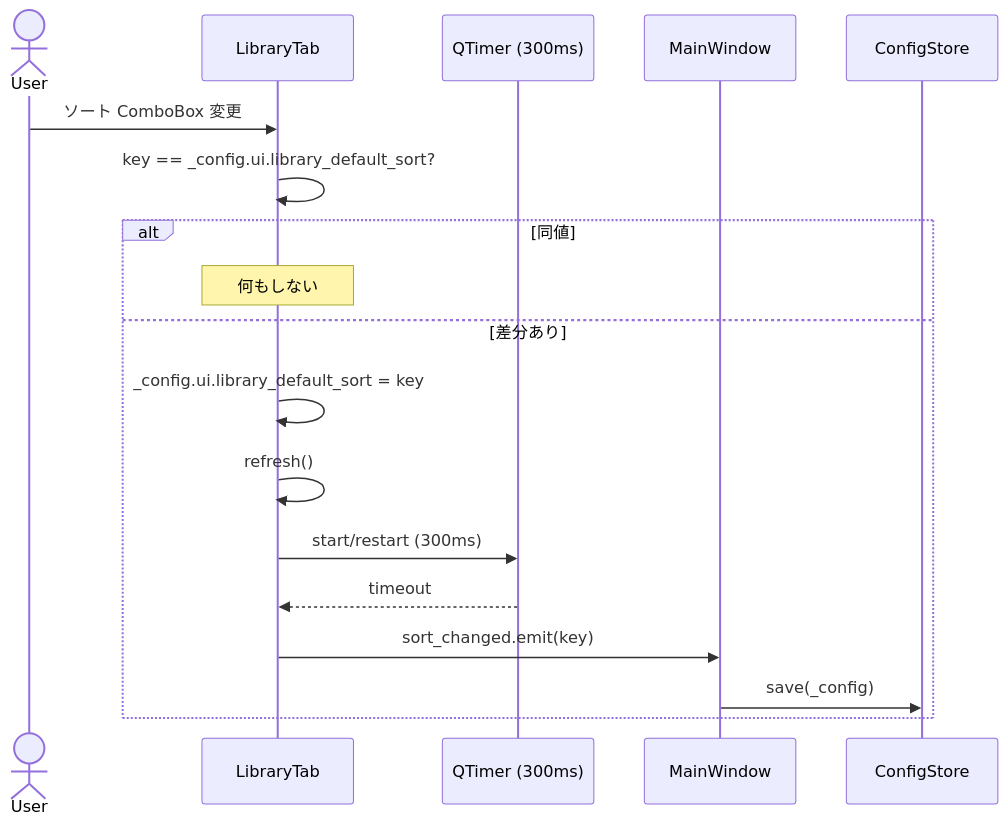
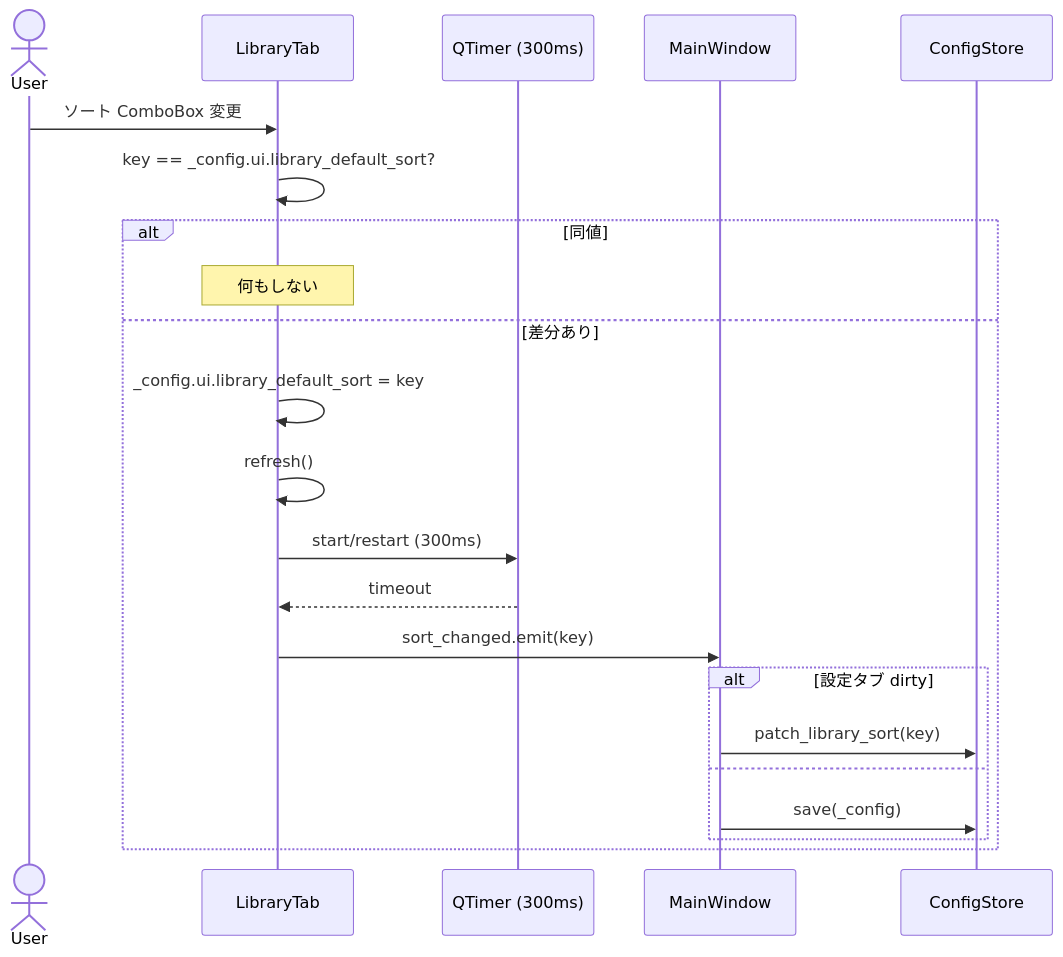
One commit to matrix9neonebuchadnezzar2199-sketch/JATIC-Library changed the ninth of 9 diagrams in docs/UI_FLOW.md. Above: the diagram before and after it, drawn with Mermaid. The commit also changed other lines of this file and 13 other files, not shown here.

First line of the commit message:
fix(ui): QA review regressions for dirty config and exports

````diff
--- a/docs/UI_FLOW.md
+++ b/docs/UI_FLOW.md
@@ -269,21 +270,25 @@
 ```mermaid
 sequenceDiagram
     actor User
     participant LT as LibraryTab
     participant Timer as QTimer (300ms)
     participant MW as MainWindow
     participant Store as ConfigStore
 
     User->>LT: ソート ComboBox 変更
     LT->>LT: key == _config.ui.library_default_sort?
     alt 同値
         Note over LT: 何もしない
     else 差分あり
         LT->>LT: _config.ui.library_default_sort = key
         LT->>LT: refresh()
         LT->>Timer: start/restart (300ms)
         Timer-->>LT: timeout
         LT->>MW: sort_changed.emit(key)
-        MW->>Store: save(_config)
+        alt 設定タブ dirty
+            MW->>Store: patch_library_sort(key)
+        else
+            MW->>Store: save(_config)
+        end
     end
 ```
````
